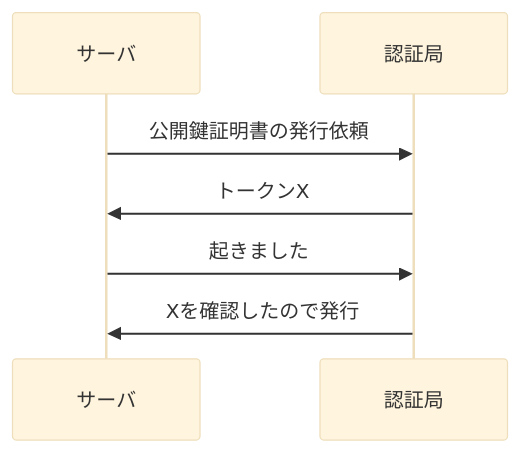
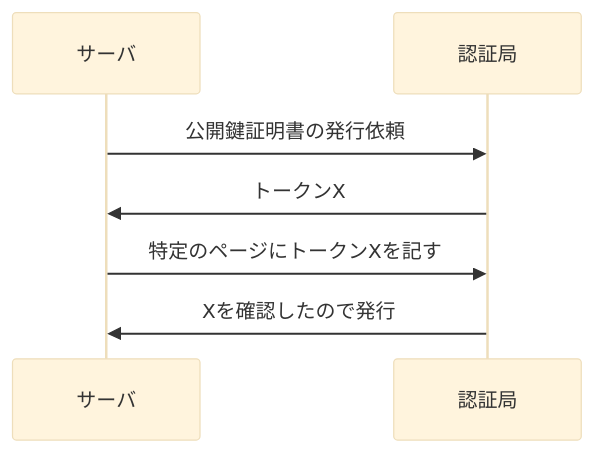
The fifth of 5 diagrams in cryptography/docs.md (punipuni21/docs), drawn with Mermaid (base theme) before and after one commit. The commit also changed other lines of this file, not shown here.

````diff
--- a/cryptography/docs.md
+++ b/cryptography/docs.md
@@ -102,7 +103,7 @@
 ```mermaid
 sequenceDiagram
 サーバ->> 認証局: 公開鍵証明書の発行依頼
 認証局->> サーバ: トークンX
-サーバ->> 認証局: 起きました
+サーバ->> 認証局: 特定のページにトークンXを記す
 認証局->> サーバ: Xを確認したので発行
 ```
````
